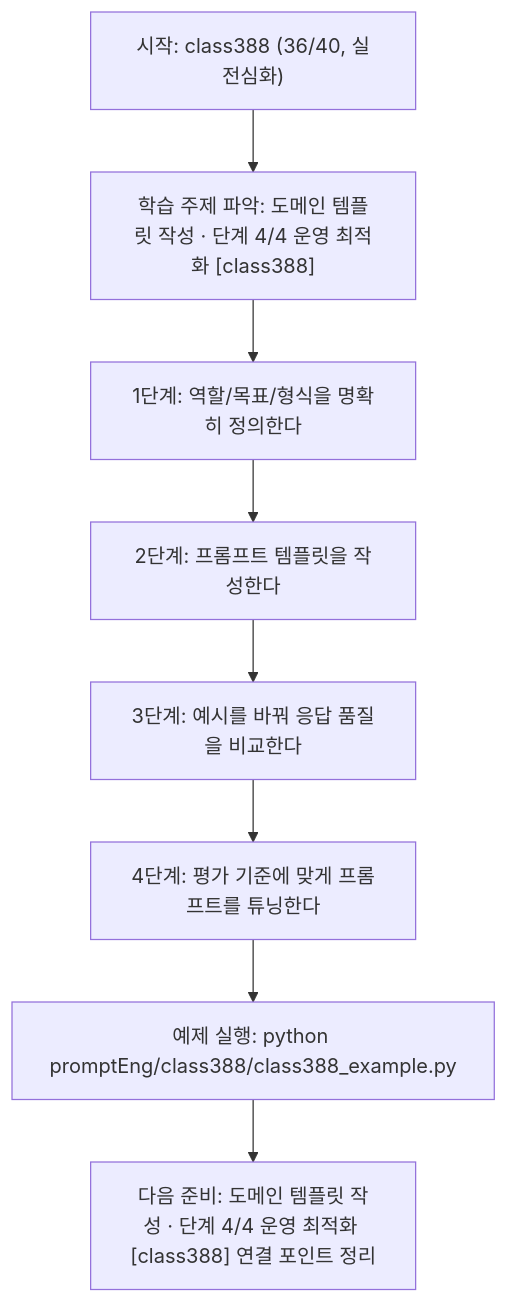
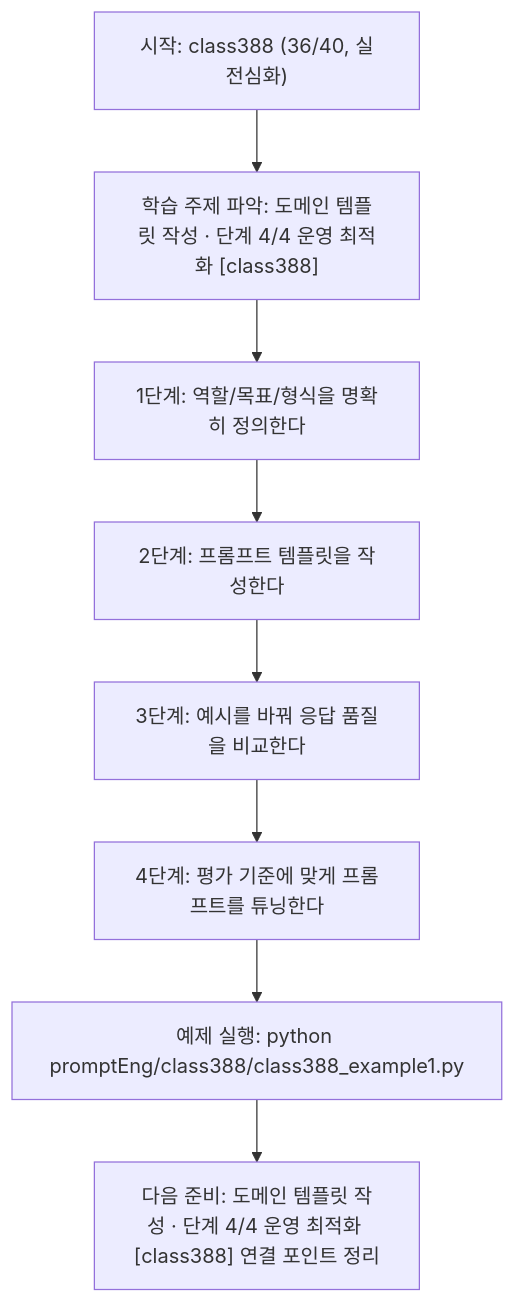
Before and after one commit to edumgt/Python-AI_Agent-Class: the diagram in promptEng/class388/class388.md, drawn with Mermaid. The commit also changed other lines of this file and 2959 other files, not shown here.

````diff
--- a/promptEng/class388/class388.md
+++ b/promptEng/class388/class388.md
@@ -110,18 +110,18 @@
 ```mermaid
 flowchart TD
 N1["시작: class388 (36/40, 실전심화)"]
 N2["학습 주제 파악: 도메인 템플릿 작성 · 단계 4/4 운영 최적화 [class388]"]
 N3["1단계: 역할/목표/형식을 명확히 정의한다"]
 N4["2단계: 프롬프트 템플릿을 작성한다"]
 N5["3단계: 예시를 바꿔 응답 품질을 비교한다"]
 N6["4단계: 평가 기준에 맞게 프롬프트를 튜닝한다"]
-N7["예제 실행: python promptEng/class388/class388_example.py"]
+N7["예제 실행: python promptEng/class388/class388_example1.py"]
 N8["다음 준비: 도메인 템플릿 작성 · 단계 4/4 운영 최적화 [class388] 연결 포인트 정리"]
 N1 --> N2
 N2 --> N3
 N3 --> N4
 N4 --> N5
 N5 --> N6
 N6 --> N7
 N7 --> N8
 ```
````
